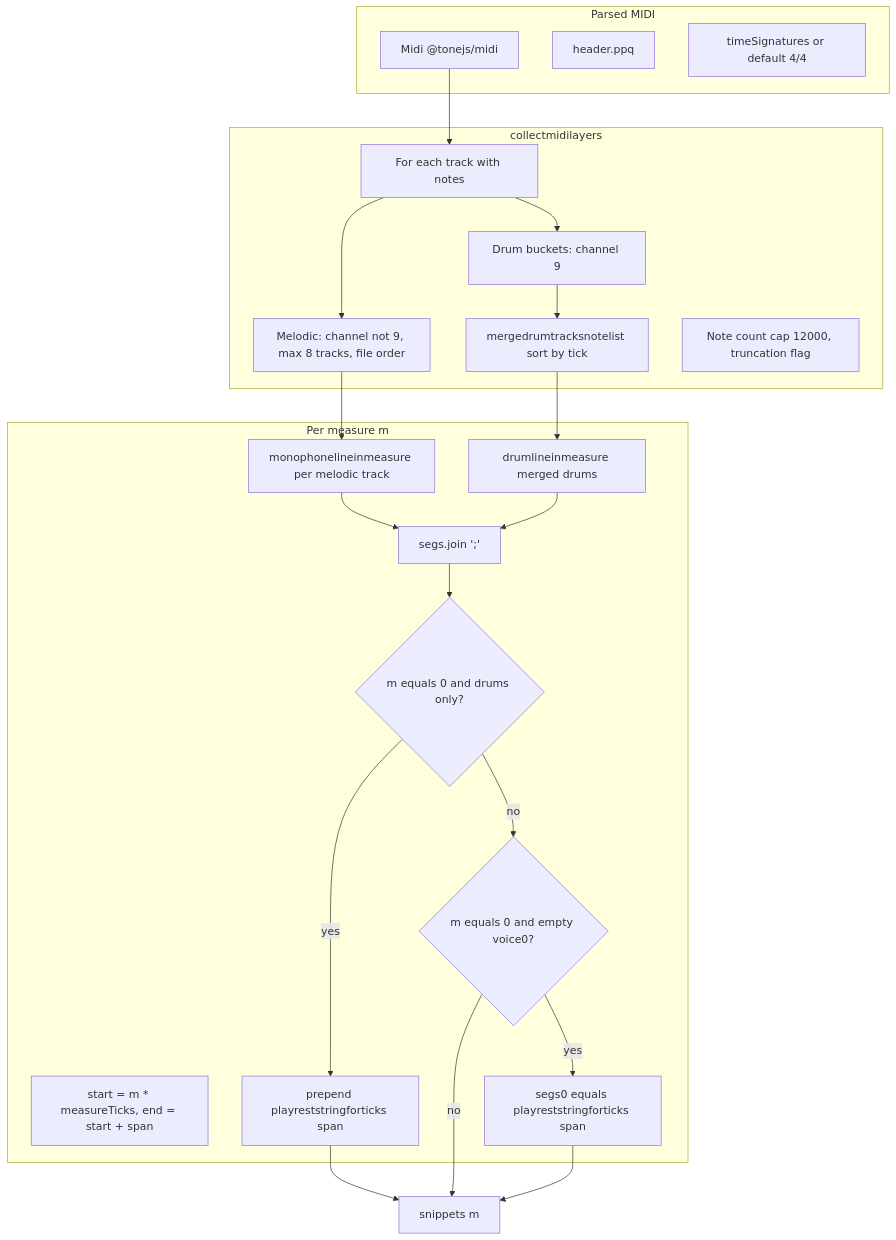
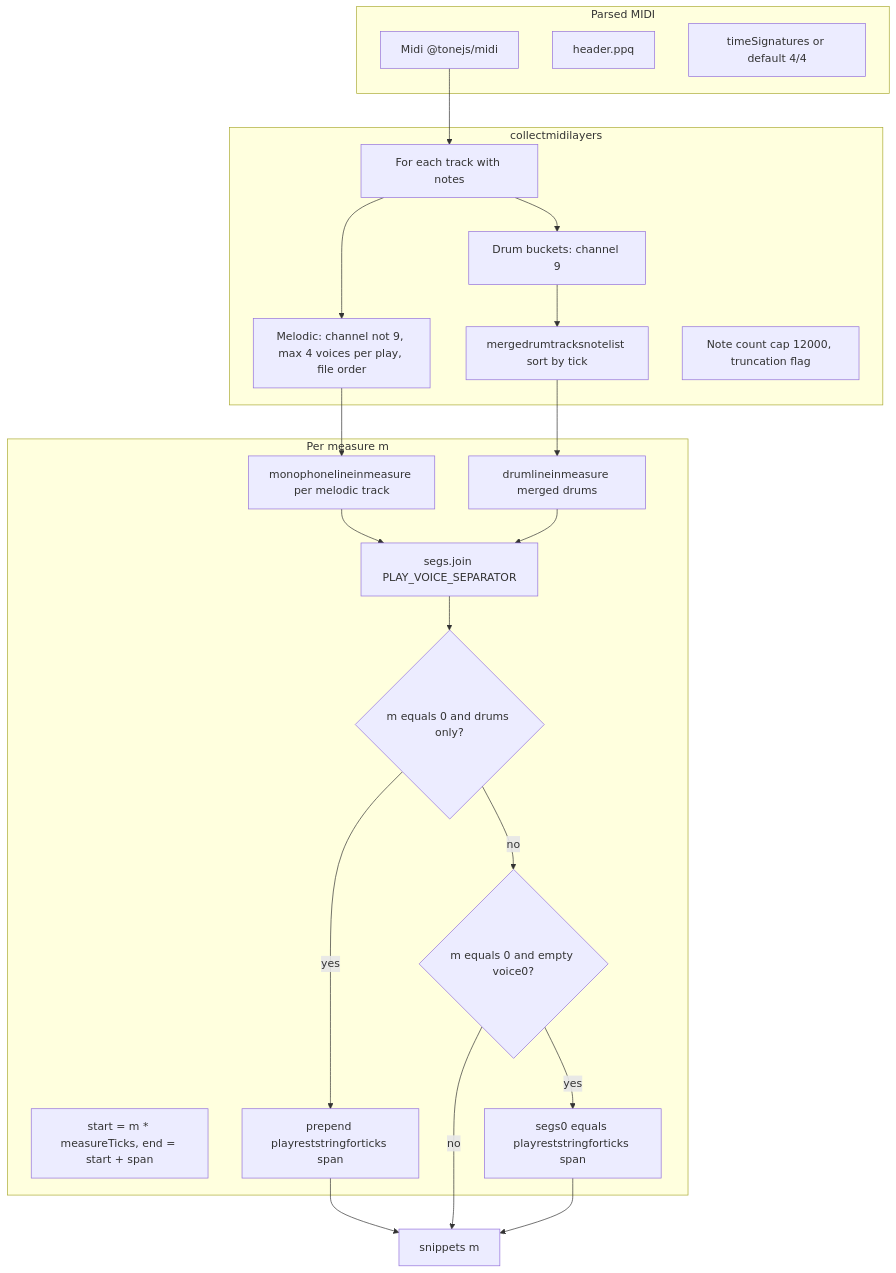
One commit to goldbuick/zed-software-system changed the second of 3 diagrams in zss/feature/parse/docs/midi-import.md. Above: the diagram before and after it, drawn with Mermaid. The commit also changed other lines of this file and 4 other files, not shown here.

````diff
--- a/zss/feature/parse/docs/midi-import.md
+++ b/zss/feature/parse/docs/midi-import.md
@@ -43,40 +43,40 @@
 ```mermaid
 flowchart TB
   subgraph input [Parsed MIDI]
     MidiObj["Midi @tonejs/midi"]
     TS[header.ppq]
     SIG[timeSignatures or default 4/4]
   end
   subgraph collect [collectmidilayers]
     Loop[For each track with notes]
-    Melodic[Melodic: channel not 9, max 8 tracks, file order]
+    Melodic[Melodic: channel not 9, max 4 voices per play, file order]
     DrumB[Drum buckets: channel 9]
     Merge[mergedrumtracksnotelist sort by tick]
     Cap[Note count cap 12000, truncation flag]
   end
   subgraph perbar [Per measure m]
     Span["start = m * measureTicks, end = start + span"]
     M0[monophonelineinmeasure per melodic track]
     D0[drumlineinmeasure merged drums]
-    Join["segs.join ';'"]
+    Join["segs.join PLAY_VOICE_SEPARATOR"]
     Pad{m equals 0 and drums only?}
     Unshift["prepend playreststringforticks span"]
     Pad2{m equals 0 and empty voice0?}
     Fill0["segs0 equals playreststringforticks span"]
   end
   MidiObj --> Loop
   Loop --> Melodic
   Loop --> DrumB
   DrumB --> Merge
   Melodic --> M0
   Merge --> D0
   M0 --> Join
   D0 --> Join
   Join --> Pad
   Pad -->|yes| Unshift
   Pad -->|no| Pad2
   Unshift --> Out[snippets m]
   Pad2 -->|yes| Fill0
   Pad2 -->|no| Out
   Fill0 --> Out
 ```
````
